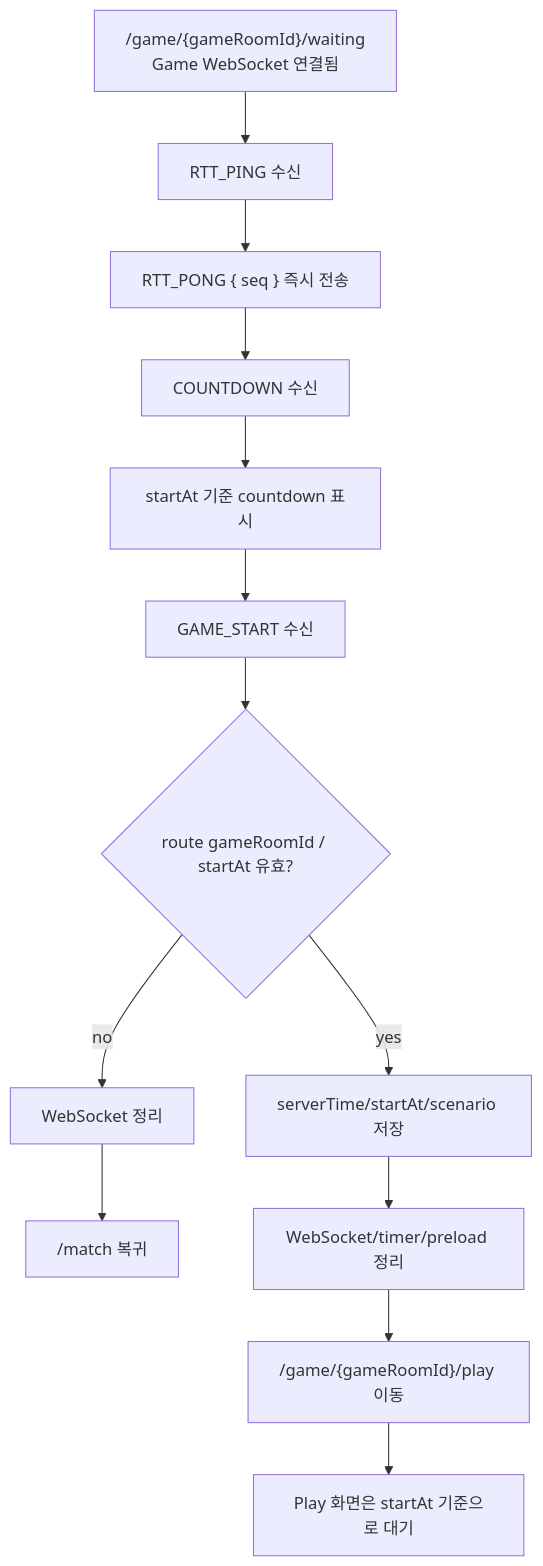
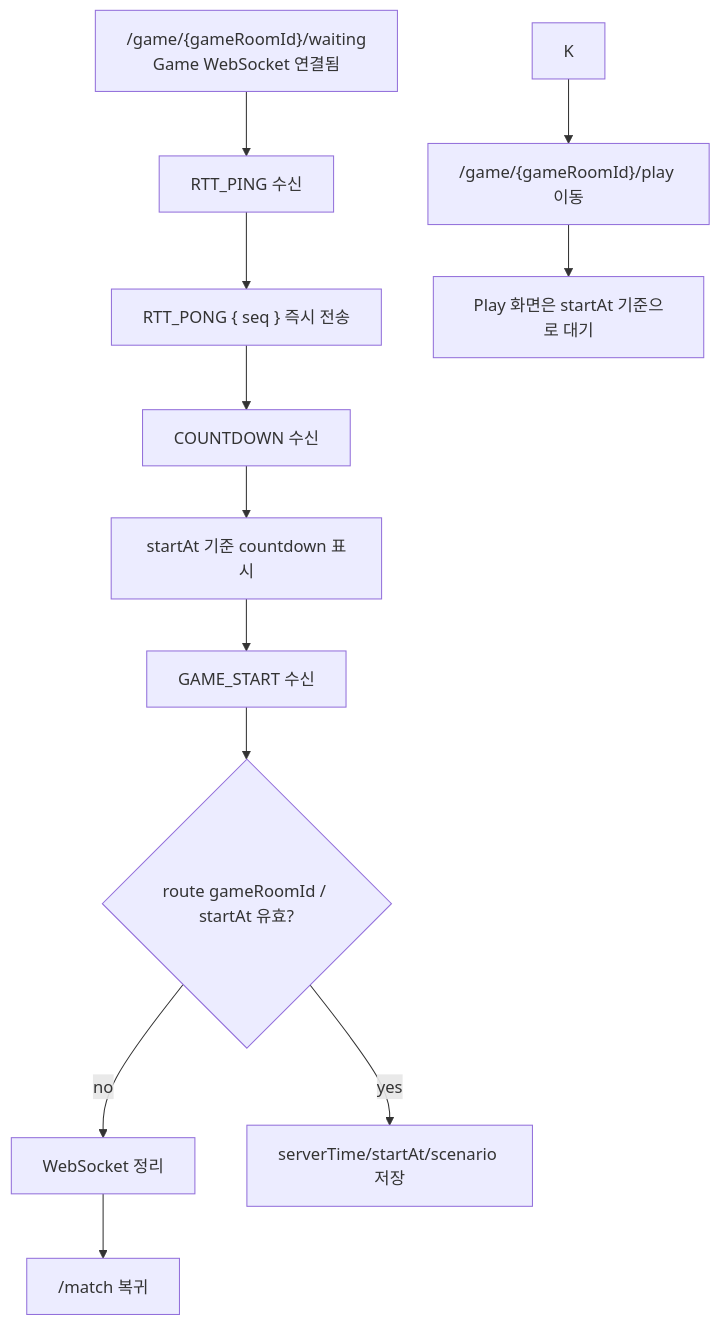
One commit to moonwhistle/League-of-Star changed the first of 2 diagrams in docs/antigravity/frontend/issue-88-game-start-handling.md. Above: the diagram before and after it, drawn with Mermaid. The commit also changed other lines of this file and 47 other files, not shown here.

````diff
--- a/docs/antigravity/frontend/issue-88-game-start-handling.md
+++ b/docs/antigravity/frontend/issue-88-game-start-handling.md
@@ -11,15 +10,14 @@
 ```mermaid
 flowchart TD
     A["/game/{gameRoomId}/waiting<br/>Game WebSocket 연결됨"] --> B["RTT_PING 수신"]
     B --> C["RTT_PONG { seq } 즉시 전송"]
     C --> D["COUNTDOWN 수신"]
     D --> E["startAt 기준 countdown 표시"]
     E --> F["GAME_START 수신"]
     F --> G{"route gameRoomId / startAt 유효?"}
     G -->|no| H["WebSocket 정리"]
     H --> I["/match 복귀"]
     G -->|yes| J["serverTime/startAt/scenario 저장"]
-    J --> K["WebSocket/timer/preload 정리"]
     K --> L["/game/{gameRoomId}/play 이동"]
     L --> M["Play 화면은 startAt 기준으로 대기"]
 ```
````
